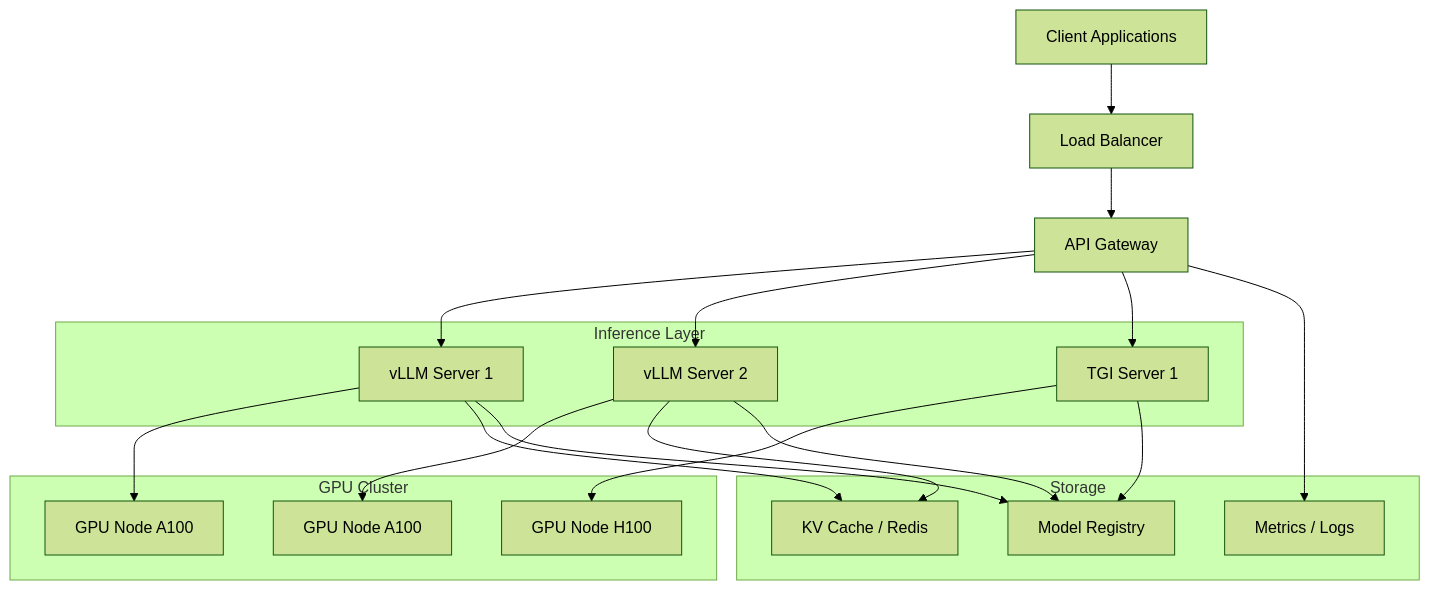
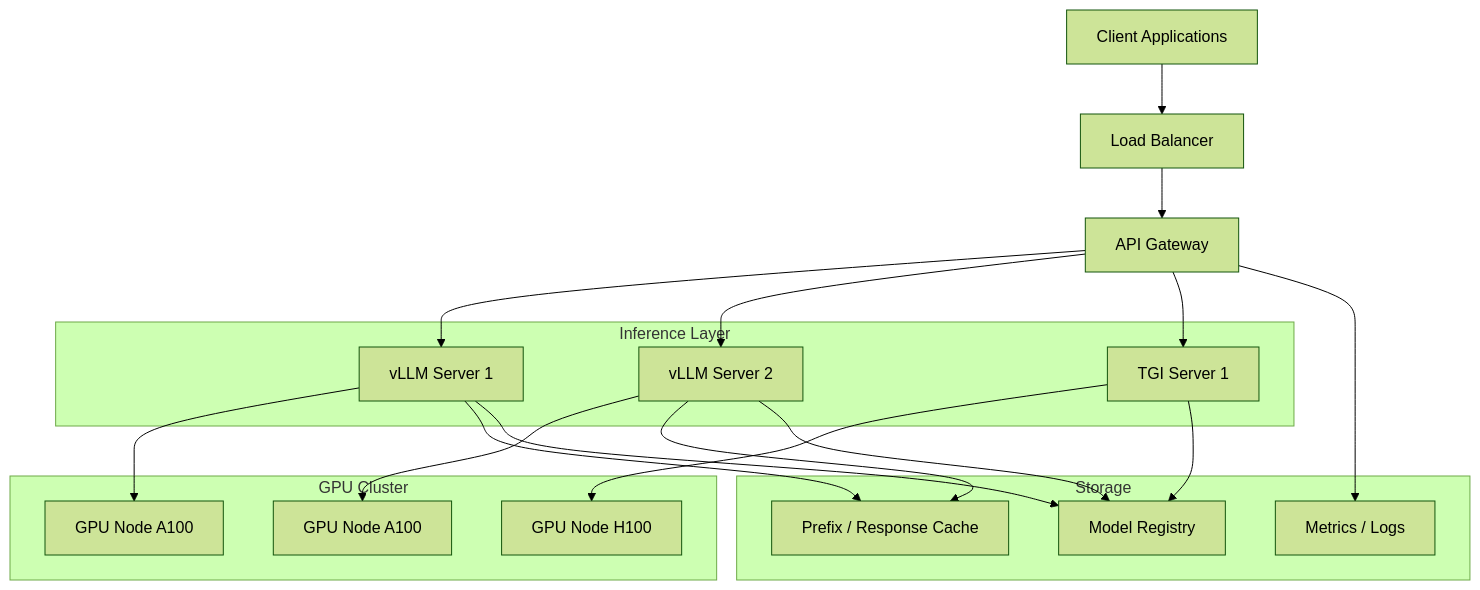
The first of 6 diagrams in posts/2026-01-30-llm-deployment-architecture/README.md (OneUptime/blog), drawn with Mermaid (forest theme) before and after one commit. The commit also changed other lines of this file and 2 other files, not shown here.

Commit message:
validate: 2026-01-30-llm-deployment-architecture

````diff
--- a/posts/2026-01-30-llm-deployment-architecture/README.md
+++ b/posts/2026-01-30-llm-deployment-architecture/README.md
@@ -15,39 +15,39 @@
 ```mermaid
 flowchart TB
     Client[Client Applications]
     LB[Load Balancer]
     Gateway[API Gateway]
 
     subgraph Inference Layer
         vLLM1[vLLM Server 1]
         vLLM2[vLLM Server 2]
         TGI1[TGI Server 1]
     end
 
     subgraph GPU Cluster
         GPU1[GPU Node A100]
         GPU2[GPU Node A100]
         GPU3[GPU Node H100]
     end
 
     subgraph Storage
         ModelRegistry[Model Registry]
-        Cache[KV Cache / Redis]
+        Cache[Prefix / Response Cache]
         Monitoring[Metrics / Logs]
     end
 
     Client --> LB
     LB --> Gateway
     Gateway --> vLLM1
     Gateway --> vLLM2
     Gateway --> TGI1
     vLLM1 --> GPU1
     vLLM2 --> GPU2
     TGI1 --> GPU3
     vLLM1 --> Cache
     vLLM2 --> Cache
     vLLM1 --> ModelRegistry
     vLLM2 --> ModelRegistry
     TGI1 --> ModelRegistry
     Gateway --> Monitoring
 ```
````
